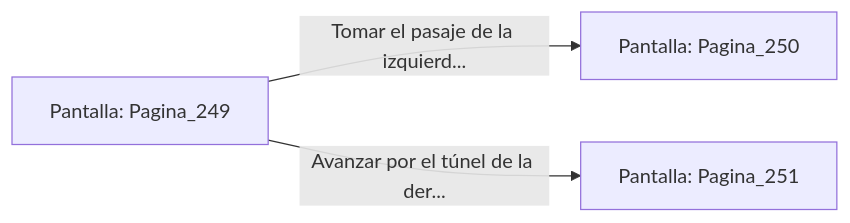
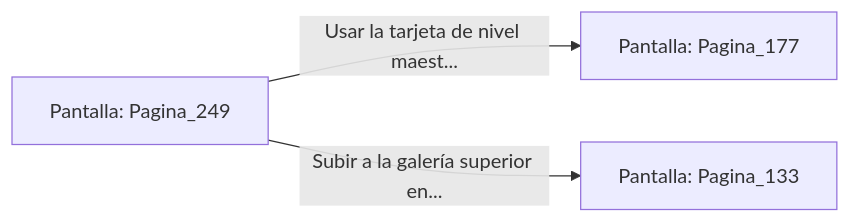
Before and after one commit to metsuke/mpl: the diagram in sample/eligejuego-vault/Pantalla_Pagina_249.md, drawn with Mermaid. The commit also changed other lines of this file and 635 other files, not shown here.

First line of the commit message:
fix: añadir Pagina_1 como pantalla inicial en capitulo_01.mpl

````diff
--- a/sample/eligejuego-vault/Pantalla_Pagina_249.md
+++ b/sample/eligejuego-vault/Pantalla_Pagina_249.md
@@ -20,6 +24,6 @@
 ```mermaid
 graph LR
     P_Pagina_249["Pantalla: Pagina_249"]
-    P_Pagina_249 -->|"Tomar el pasaje de la izquierd..."| P_Pagina_250["Pantalla: Pagina_250"]
-    P_Pagina_249 -->|"Avanzar por el túnel de la der..."| P_Pagina_251["Pantalla: Pagina_251"]
+    P_Pagina_249 -->|"Usar la tarjeta de nivel maest..."| P_Pagina_177["Pantalla: Pagina_177"]
+    P_Pagina_249 -->|"Subir a la galería superior en..."| P_Pagina_133["Pantalla: Pagina_133"]
 ```
````
